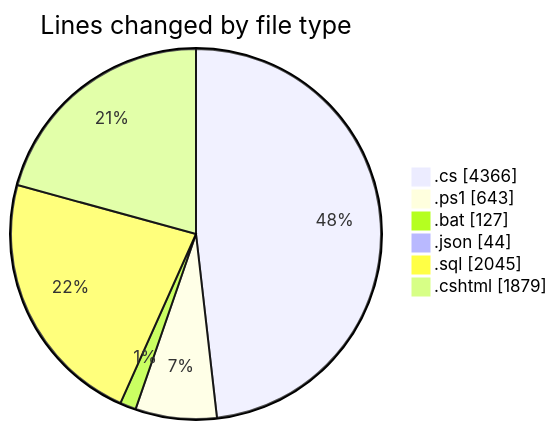
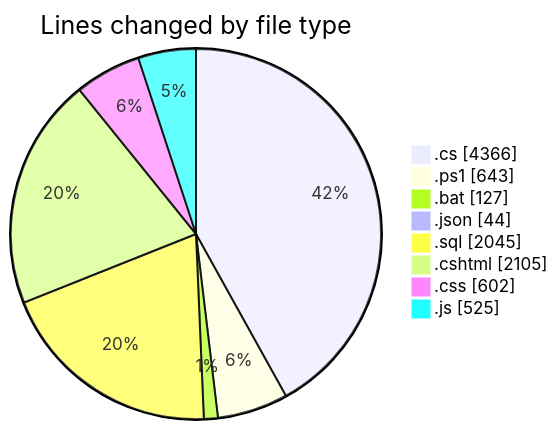
The first of 2 diagrams in 2025-07-28/quanlyrapchieuphim-2/README.md (lephambinh05/code-tracking), drawn with Mermaid before and after one commit. The commit also changed other lines of this file and 1 other file, not shown here.

````diff
--- a/2025-07-28/quanlyrapchieuphim-2/README.md
+++ b/2025-07-28/quanlyrapchieuphim-2/README.md
@@ -52,10 +55,12 @@
 ```mermaid
 pie showData
 title Lines changed by file type
 ".cs" : 4366
 ".ps1" : 643
 ".bat" : 127
 ".json" : 44
 ".sql" : 2045
-".cshtml" : 1879
+".cshtml" : 2105
+".css" : 602
+".js" : 525
 ```
````
